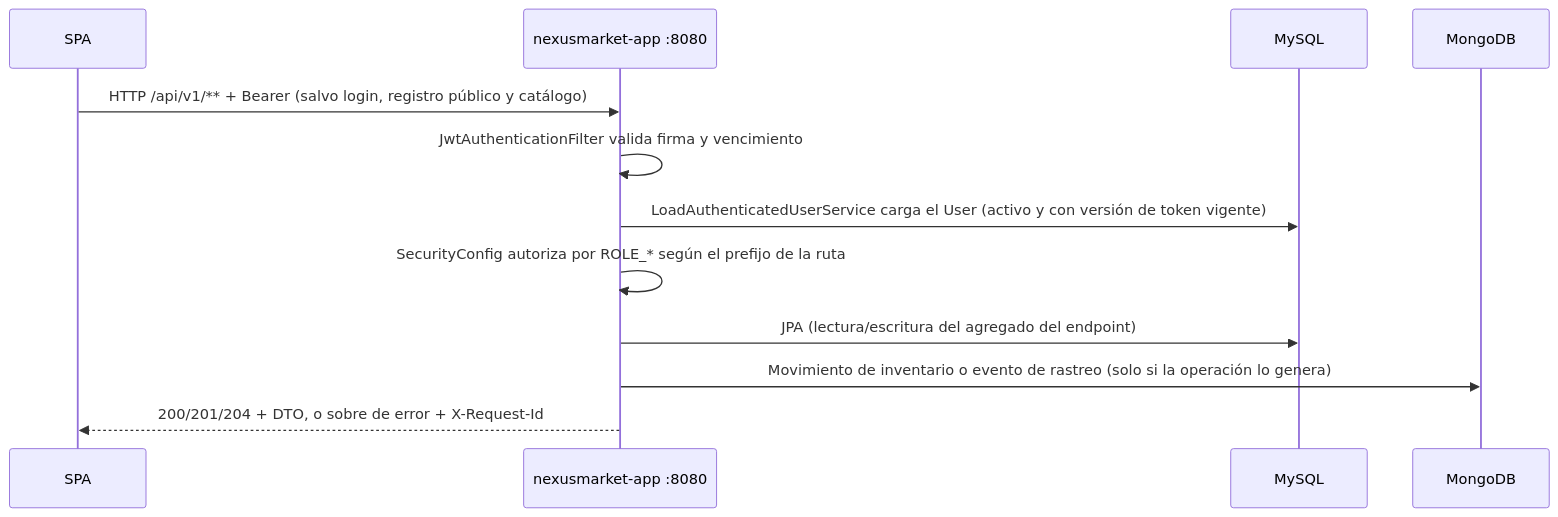
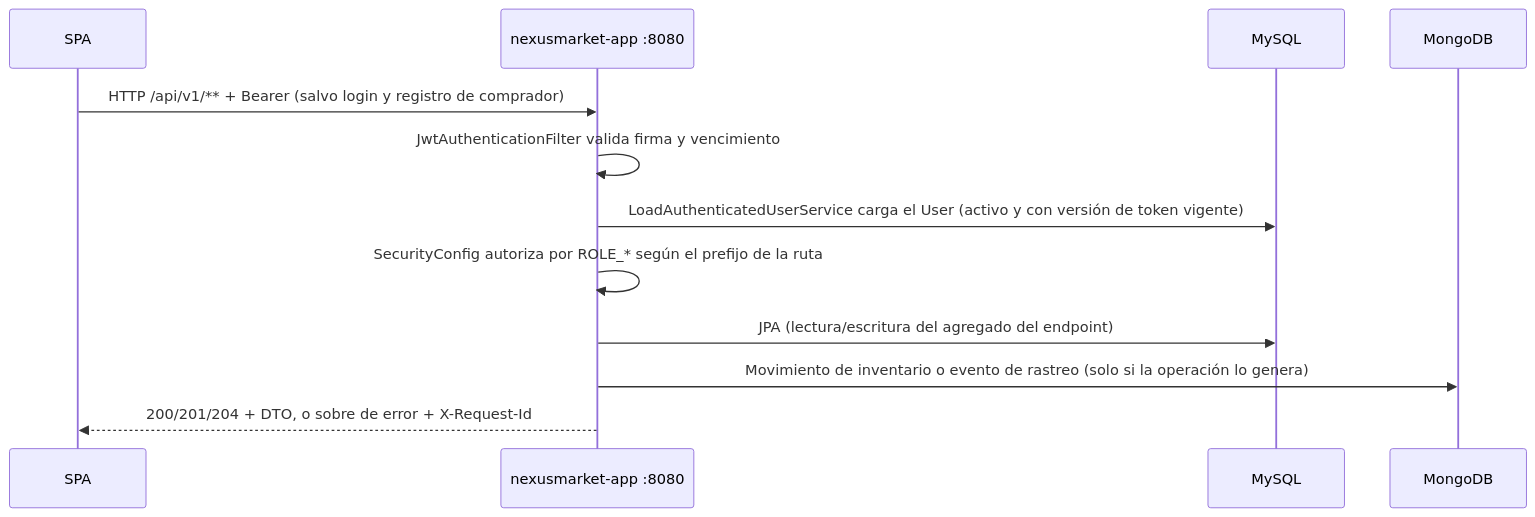
Before and after one commit to luchoramirez9907/CS2: the second of 2 diagrams in SDD/C4/02-nivel-2-contenedores.md, drawn with Mermaid. The commit also changed 13 other files, not shown here.

````diff
--- a/SDD/C4/02-nivel-2-contenedores.md
+++ b/SDD/C4/02-nivel-2-contenedores.md
@@ -46,14 +46,14 @@
 ```mermaid
 sequenceDiagram
     participant SPA as SPA
     participant APP as nexusmarket-app :8080
     participant MY as MySQL
     participant MO as MongoDB
-    SPA->>APP: HTTP /api/v1/** + Bearer (salvo login, registro público y catálogo)
+    SPA->>APP: HTTP /api/v1/** + Bearer (salvo login y registro de comprador)
     APP->>APP: JwtAuthenticationFilter valida firma y vencimiento
     APP->>MY: LoadAuthenticatedUserService carga el User (activo y con versión de token vigente)
     APP->>APP: SecurityConfig autoriza por ROLE_* según el prefijo de la ruta
     APP->>MY: JPA (lectura/escritura del agregado del endpoint)
     APP->>MO: Movimiento de inventario o evento de rastreo (solo si la operación lo genera)
     APP-->>SPA: 200/201/204 + DTO, o sobre de error + X-Request-Id
 ```
````
